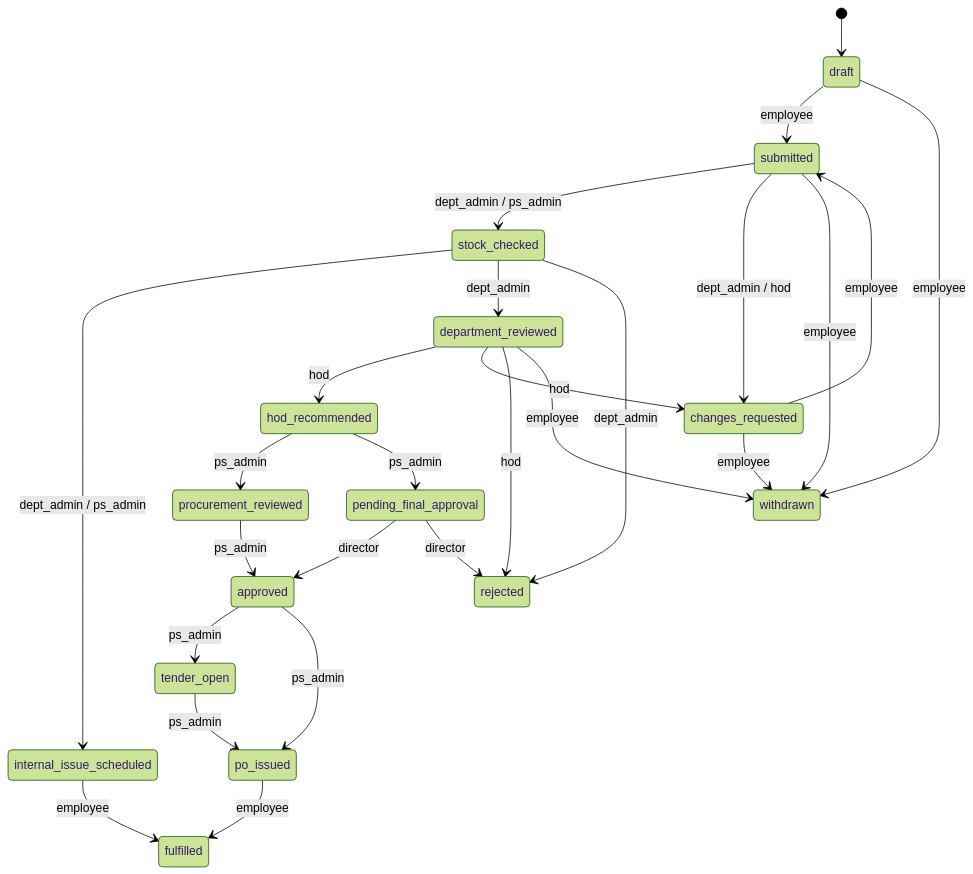
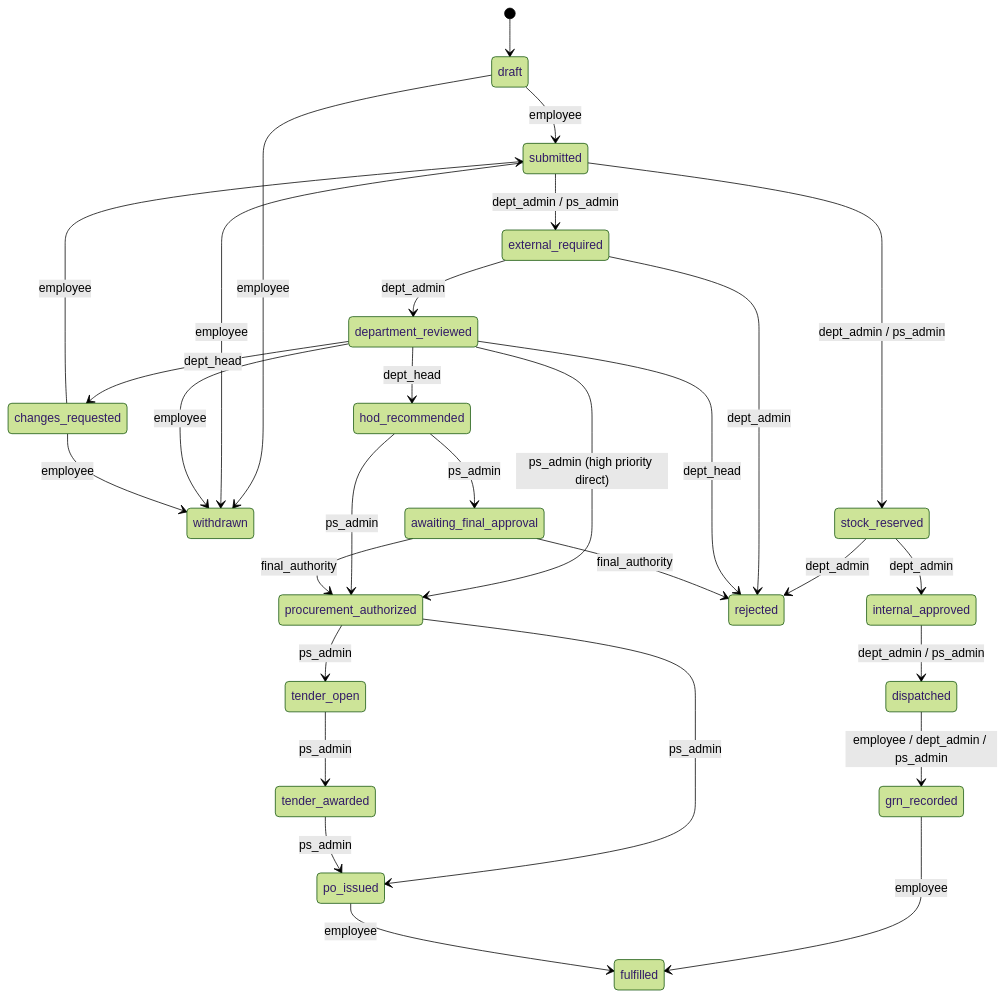
Before and after one commit to FusionIIIT/Fusion-Integrated: the diagram in docs/09-psm/psm-state-machine.md, drawn with Mermaid (forest theme). The commit also changed other lines of this file and 33 other files, not shown here.

````diff
--- a/docs/09-psm/psm-state-machine.md
+++ b/docs/09-psm/psm-state-machine.md
@@ -7,28 +7,32 @@
 ```mermaid
 stateDiagram-v2
     [*] --> draft
     draft --> submitted : employee
     draft --> withdrawn : employee
-    submitted --> stock_checked : dept_admin / ps_admin
-    submitted --> changes_requested : dept_admin / hod
+    submitted --> stock_reserved : dept_admin / ps_admin
+    submitted --> external_required : dept_admin / ps_admin
     submitted --> withdrawn : employee
-    stock_checked --> internal_issue_scheduled : dept_admin / ps_admin
-    stock_checked --> department_reviewed : dept_admin
-    stock_checked --> rejected : dept_admin
-    department_reviewed --> hod_recommended : hod
-    department_reviewed --> changes_requested : hod
-    department_reviewed --> rejected : hod
+    stock_reserved --> internal_approved : dept_admin
+    stock_reserved --> rejected : dept_admin
+    internal_approved --> dispatched : dept_admin / ps_admin
+    dispatched --> grn_recorded : employee / dept_admin / ps_admin
+    grn_recorded --> fulfilled : employee
+    external_required --> department_reviewed : dept_admin
+    external_required --> rejected : dept_admin
+    department_reviewed --> hod_recommended : dept_head
+    department_reviewed --> changes_requested : dept_head
+    department_reviewed --> rejected : dept_head
+    department_reviewed --> procurement_authorized : ps_admin (high priority direct)
     department_reviewed --> withdrawn : employee
     changes_requested --> submitted : employee
     changes_requested --> withdrawn : employee
-    hod_recommended --> procurement_reviewed : ps_admin
-    hod_recommended --> pending_final_approval : ps_admin
-    pending_final_approval --> approved : director
-    pending_final_approval --> rejected : director
-    procurement_reviewed --> approved : ps_admin
-    approved --> tender_open : ps_admin
-    approved --> po_issued : ps_admin
-    tender_open --> po_issued : ps_admin
-    internal_issue_scheduled --> fulfilled : employee
+    hod_recommended --> awaiting_final_approval : ps_admin
+    hod_recommended --> procurement_authorized : ps_admin
+    awaiting_final_approval --> procurement_authorized : final_authority
+    awaiting_final_approval --> rejected : final_authority
+    procurement_authorized --> tender_open : ps_admin
+    procurement_authorized --> po_issued : ps_admin
+    tender_open --> tender_awarded : ps_admin
+    tender_awarded --> po_issued : ps_admin
     po_issued --> fulfilled : employee
 ```
````
